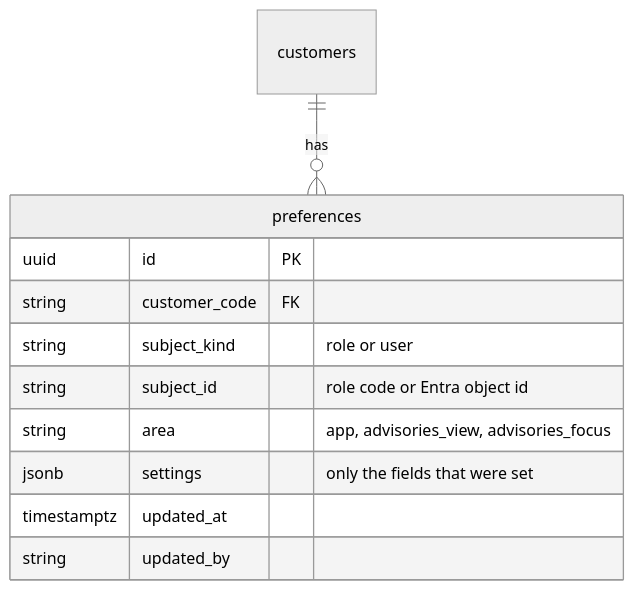
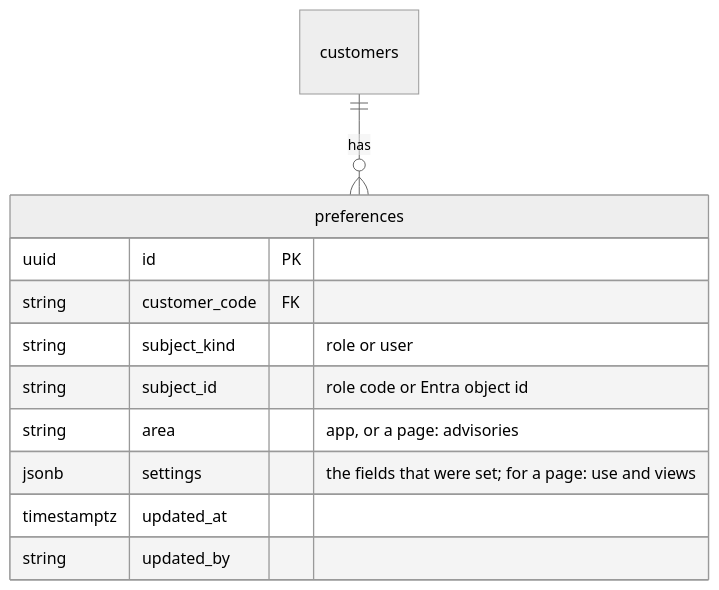
Before and after one commit to eamtalu/RAG-PipeLine: diagram 16 of 16 in docs/database-er-diagram.md, drawn with Mermaid (neutral theme). The commit also changed 8 other files, not shown here.

First line of the commit message:
A page's preference is a list of saved views and the one it opens on (chunk 242, step 61)

````diff
--- a/docs/database-er-diagram.md
+++ b/docs/database-er-diagram.md
@@ -1901,14 +1901,14 @@
 ```mermaid
 erDiagram
     customers ||--o{ preferences : "has"
     preferences {
         uuid id PK
         string customer_code FK
         string subject_kind "role or user"
         string subject_id "role code or Entra object id"
-        string area "app, advisories_view, advisories_focus"
-        jsonb settings "only the fields that were set"
+        string area "app, or a page: advisories"
+        jsonb settings "the fields that were set; for a page: use and views"
         timestamptz updated_at
         string updated_by
     }
 ```
````
